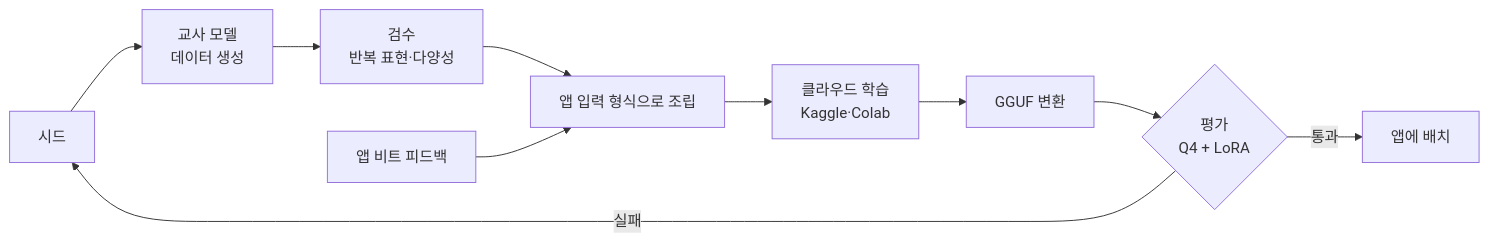
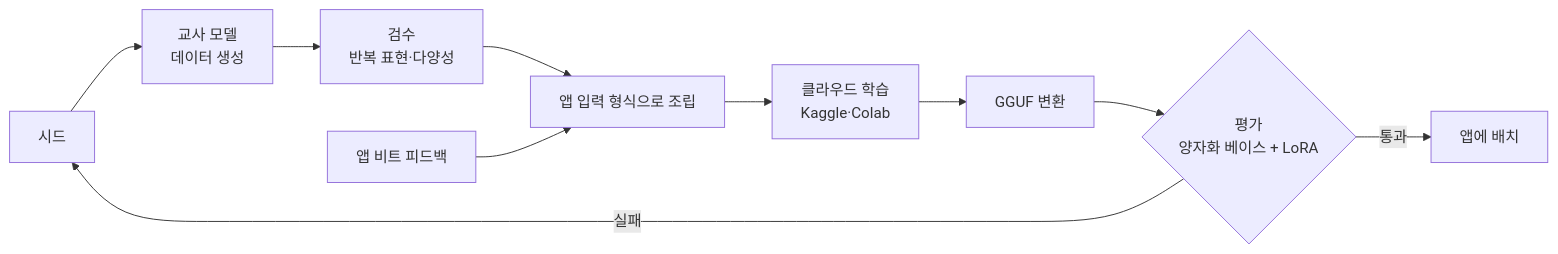
One commit to mminjae97/aiplot changed the fifth of 5 diagrams in README.md. Above: the diagram before and after it, drawn with Mermaid. The commit also changed other lines of this file, not shown here.

````diff
--- a/README.md
+++ b/README.md
@@ -1084,12 +1086,12 @@
 ```mermaid
 flowchart LR
     SD[시드] --> GN[교사 모델<br/>데이터 생성]
     GN --> FL[검수<br/>반복 표현·다양성]
     FL --> AS[앱 입력 형식으로 조립]
     AS --> TR[클라우드 학습<br/>Kaggle·Colab]
     TR --> CV[GGUF 변환]
-    CV --> EV{평가<br/>Q4 + LoRA}
+    CV --> EV{평가<br/>양자화 베이스 + LoRA}
     EV -- 통과 --> DP[앱에 배치]
     EV -- 실패 --> SD
     FB[앱 비트 피드백] --> AS
 ```
````
